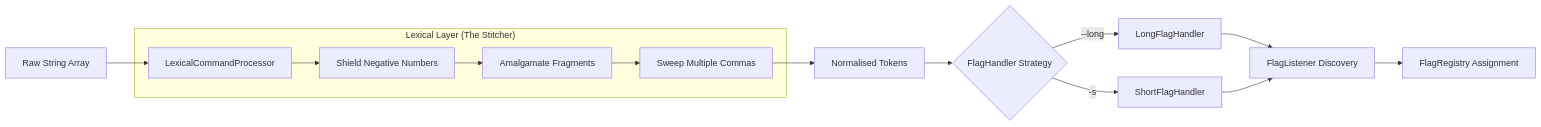
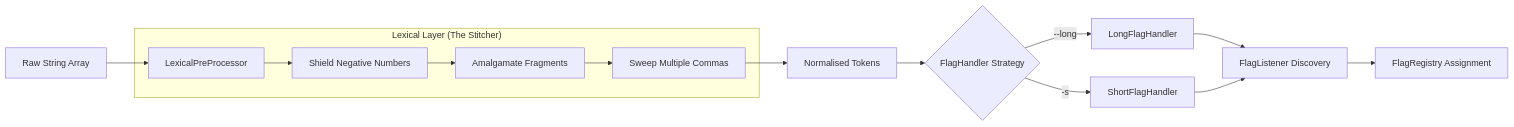
One commit to trevormaggs/CLI-Command-Parsing changed the diagram in README.md. Above: the diagram before and after it, drawn with Mermaid. The commit also changed other lines of this file and 3 other files, not shown here.

Commit message:
Minor bug found and fixed in Lexical PreProcessor

````diff
--- a/README.md
+++ b/README.md
@@ -17,16 +17,16 @@
 ```mermaid
 graph LR
-    A[Raw String Array] --> B[LexicalCommandProcessor]
+    A[Raw String Array] --> B[LexicalPreProcessor]
     subgraph "Lexical Layer (The Stitcher)"
     B --> B1[Shield Negative Numbers]
     B1 --> B2[Amalgamate Fragments]
     B2 --> B3[Sweep Multiple Commas]
     end
     B3 --> C[Normalised Tokens]
     C --> D{FlagHandler Strategy}
     D -->|--long| E[LongFlagHandler]
     D -->|-s| F[ShortFlagHandler]
     E & F --> G[FlagListener Discovery]
     G --> H[FlagRegistry Assignment]
 
 ```
````
